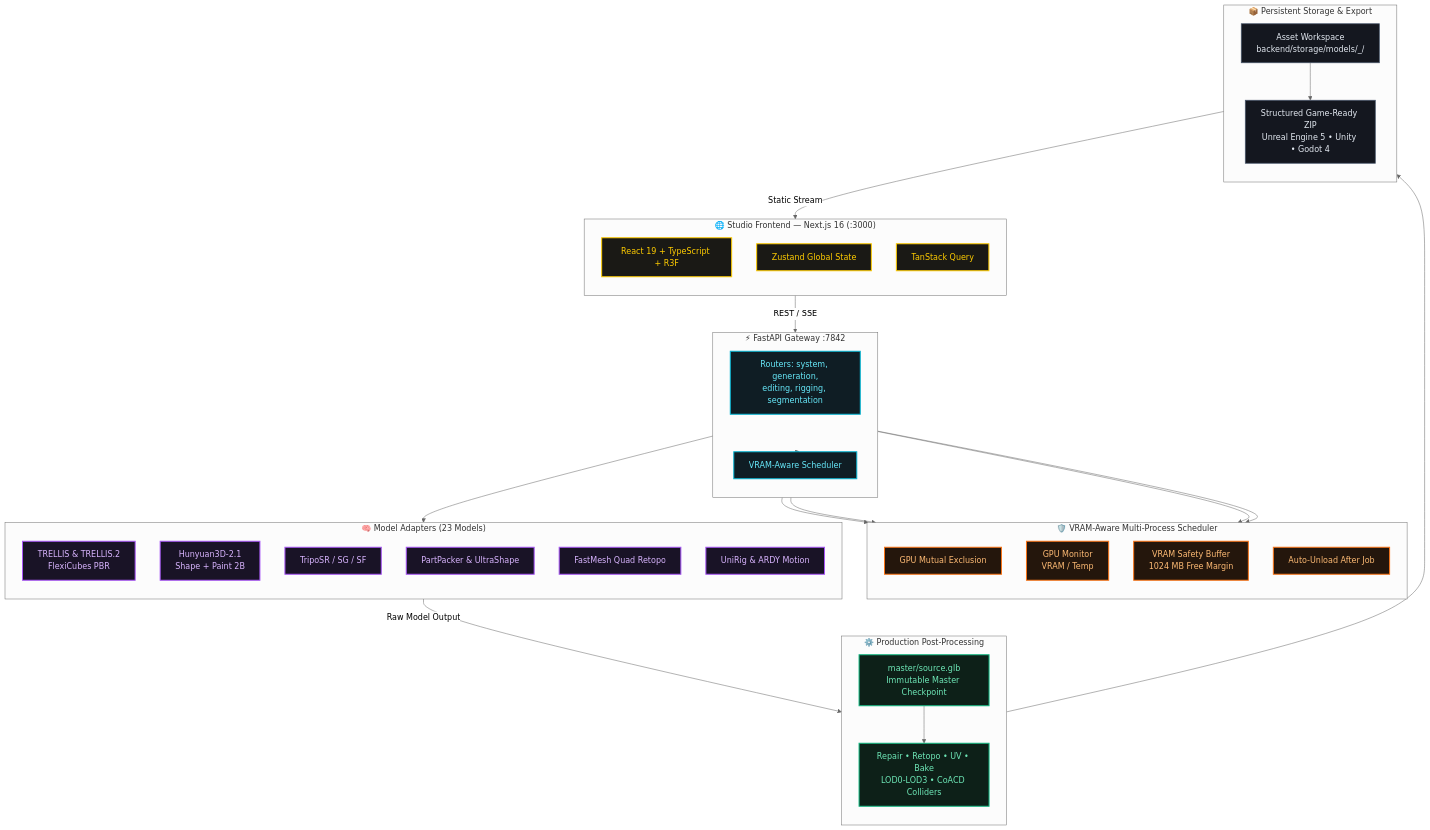
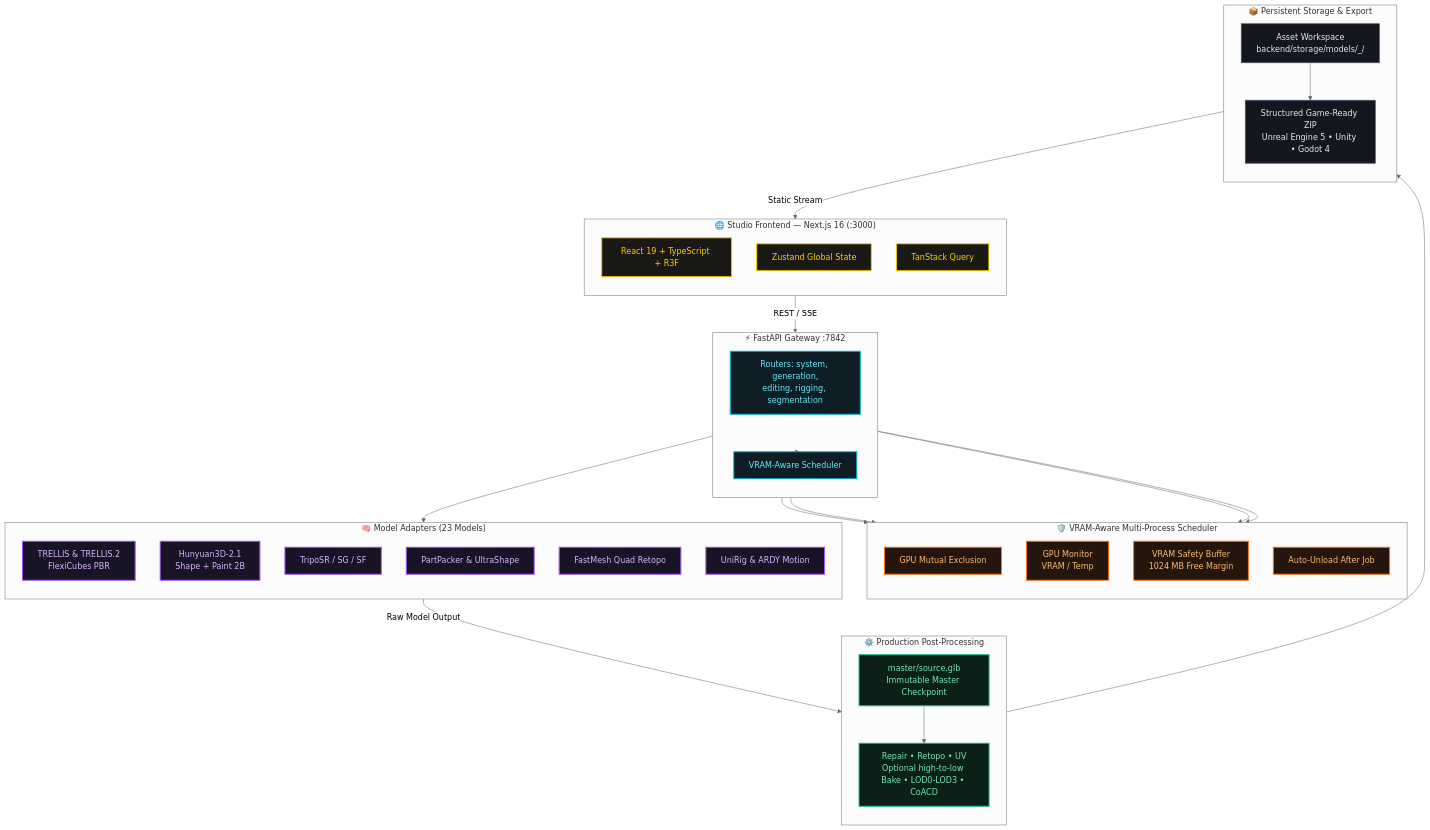
Before and after one commit to Silentzx2/ForMash3D: the first of 3 diagrams in Docs/SYSTEM-BLUEPRINT.md, drawn with Mermaid (neutral theme). The commit also changed other lines of this file and 11 other files, not shown here.

````diff
--- a/Docs/SYSTEM-BLUEPRINT.md
+++ b/Docs/SYSTEM-BLUEPRINT.md
@@ -31,65 +31,65 @@
 ```mermaid
 graph TD
     classDef gold fill:#1a1915,stroke:#ffcc00,stroke-width:2px,color:#ffcc00;
     classDef cyan fill:#0f1d24,stroke:#06b6d4,stroke-width:2px,color:#67e8f9;
     classDef purple fill:#191326,stroke:#a855f7,stroke-width:2px,color:#d8b4fe;
     classDef green fill:#0d2018,stroke:#10b981,stroke-width:2px,color:#6ee7b7;
     classDef orange fill:#24160c,stroke:#f97316,stroke-width:2px,color:#fdba74;
     classDef slate fill:#14171f,stroke:#475569,stroke-width:1.5px,color:#e2e8f0;
 
     subgraph Client["🌐 Studio Frontend — Next.js 16 (:3000)"]
         direction TB
         UI["React 19 + TypeScript + R3F"]:::gold
         STATE["Zustand Global State"]:::gold
         QUERY["TanStack Query"]:::gold
     end
 
     subgraph Gateway["⚡ FastAPI Gateway :7842"]
         direction TB
         API["Routers: system, generation,<br/>editing, rigging, segmentation"]:::cyan
         SCHED["VRAM-Aware Scheduler"]:::cyan
     end
 
     subgraph S["🛡️ VRAM-Aware Multi-Process Scheduler"]
         direction TB
         GPU_LOCK["GPU Mutual Exclusion"]:::orange
         MONITOR["GPU Monitor<br/>VRAM / Temp"]:::orange
         SAFETY["VRAM Safety Buffer<br/>1024 MB Free Margin"]:::orange
         AUTO_UNLOAD["Auto-Unload After Job"]:::orange
     end
 
     subgraph Adapters["🧠 Model Adapters (23 Models)"]
         direction TB
         TRELLIS["TRELLIS & TRELLIS.2<br/>FlexiCubes PBR"]:::purple
         HUNY["Hunyuan3D-2.1<br/>Shape + Paint 2B"]:::purple
         TRIPO["TripoSR / SG / SF"]:::purple
         PP["PartPacker & UltraShape"]:::purple
         FM["FastMesh Quad Retopo"]:::purple
         UR["UniRig & ARDY Motion"]:::purple
     end
 
     subgraph PostProcess["⚙️ Production Post-Processing"]
         direction TB
         CHECK["master/source.glb<br/>Immutable Master Checkpoint"]:::green
-        FINISH["Repair • Retopo • UV • Bake<br/>LOD0-LOD3 • CoACD Colliders"]:::green
+        FINISH["Repair • Retopo • UV<br/>Optional high-to-low Bake • LOD0-LOD3 • CoACD"]:::green
     end
 
     subgraph Storage["📦 Persistent Storage & Export"]
         direction TB
         LOCAL["Asset Workspace<br/>backend/storage/models/<asset>_<hash>/"]:::slate
         ZIP["Structured Game-Ready ZIP<br/>Unreal Engine 5 • Unity • Godot 4"]:::slate
     end
 
     Client -- "REST / SSE" --> Gateway
     Gateway --> SCHED
     SCHED --> GPU_LOCK
     SCHED --> MONITOR
     SCHED --> SAFETY
     SCHED --> AUTO_UNLOAD
     SCHED --> Adapters
     Adapters -->|Raw Model Output| CHECK
     CHECK --> FINISH
     FINISH --> LOCAL
     LOCAL --> ZIP
     LOCAL -- "Static Stream" --> Client
 ```
````
